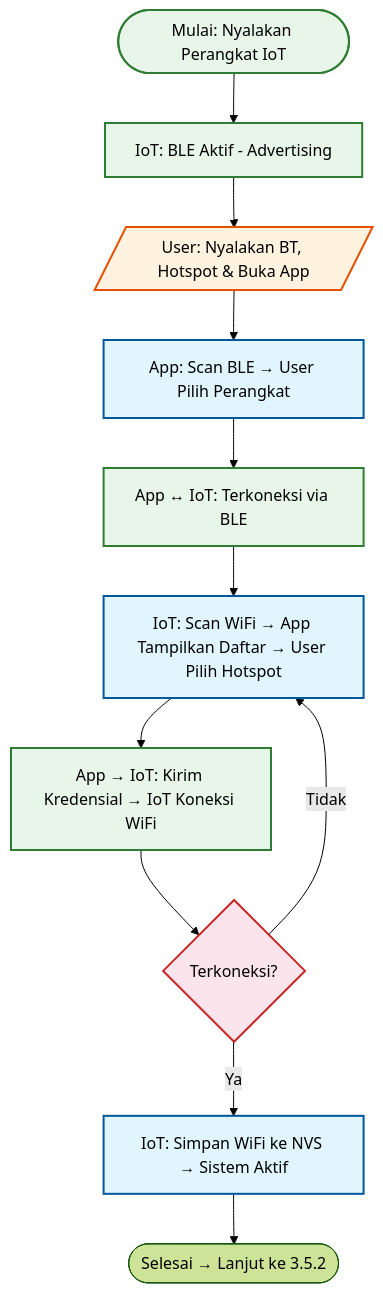
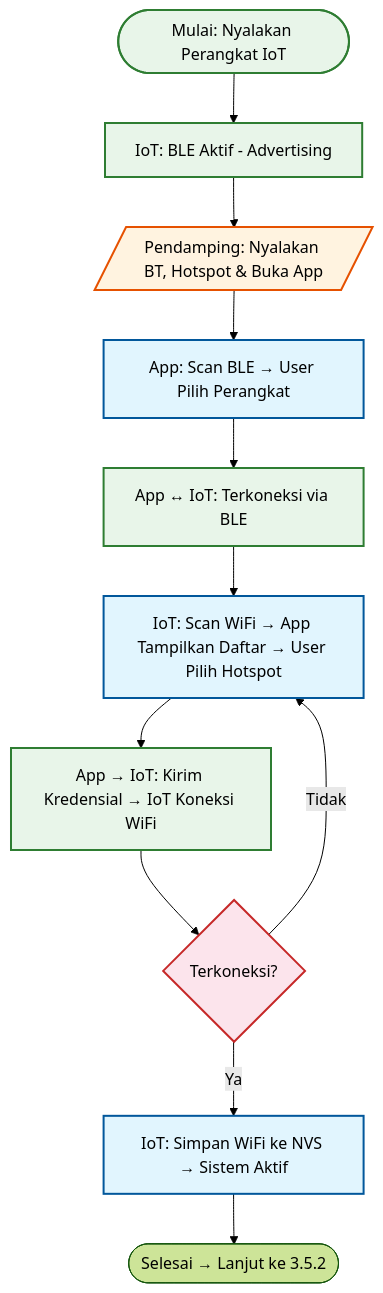
The first of 10 diagrams in alur-logika.md (aan-andiyanaS/draf), drawn with Mermaid (forest theme) before and after one commit. The commit also changed other lines of this file and 3 other files, not shown here.

Commit message:
restruktur all diagram

````diff
--- a/alur-logika.md
+++ b/alur-logika.md
@@ -20,30 +20,30 @@
    ```mermaid
    flowchart TD
       Start([Mulai: Nyalakan Perangkat IoT])
       ActivateBLE[IoT: BLE Aktif - Advertising]
-      UserPrep[/User: Nyalakan BT, Hotspot & Buka App/]
+      UserPrep[/Pendamping: Nyalakan BT, Hotspot & Buka App/]
       ScanPilih[App: Scan BLE → User Pilih Perangkat]
       ConnBLE[App ↔ IoT: Terkoneksi via BLE]
       ProvWiFi[IoT: Scan WiFi → App Tampilkan Daftar → User Pilih Hotspot]
       KirimKoneksi[App → IoT: Kirim Kredensial → IoT Koneksi WiFi]
       CheckConn{Terkoneksi?}
       SaveAktif[IoT: Simpan WiFi ke NVS → Sistem Aktif]
       End([Selesai → Lanjut ke 3.5.2])
 
       Start --> ActivateBLE --> UserPrep --> ScanPilih
       ScanPilih --> ConnBLE --> ProvWiFi --> KirimKoneksi
       KirimKoneksi --> CheckConn
       CheckConn -- Ya --> SaveAktif --> End
       CheckConn -- Tidak --> ProvWiFi
 
       %% Styling
       classDef research fill:#e1f5fe,stroke:#01579b,stroke-width:2px;
       classDef design fill:#e8f5e9,stroke:#2e7d32,stroke-width:2px;
       classDef impl fill:#fff3e0,stroke:#e65100,stroke-width:2px;
       classDef decision fill:#fce4ec,stroke:#c62828,stroke-width:2px;
 
       class ScanPilih,ProvWiFi,SaveAktif research;
       class Start,ActivateBLE,ConnBLE,KirimKoneksi design;
       class UserPrep impl;
       class CheckConn decision;
    ```
````
